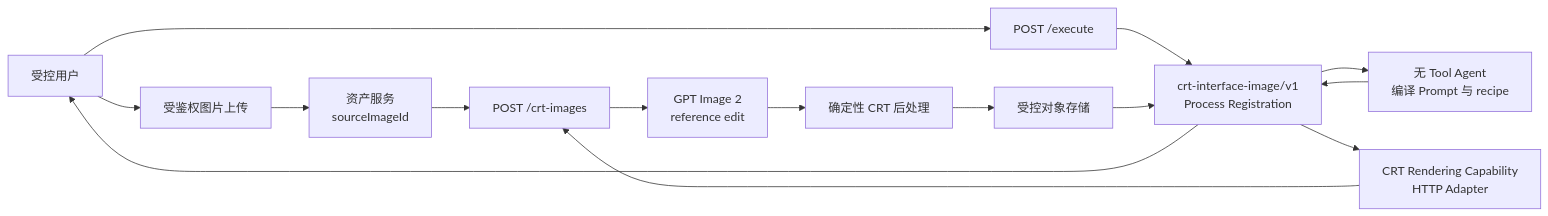
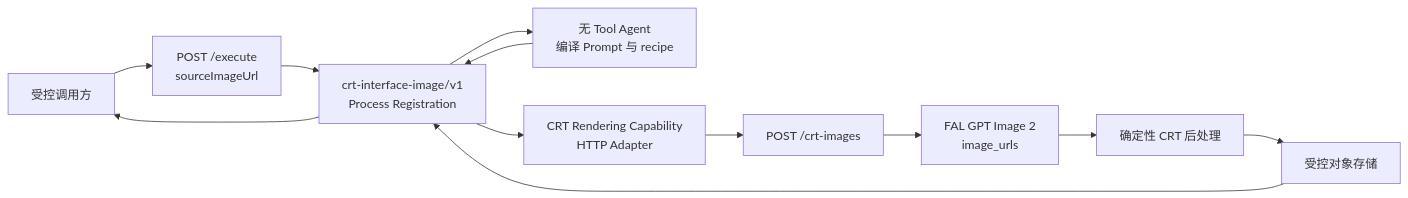
The diagram in docs/processes/crt-interface-image/README.md (hkai-ai/pipipi), drawn with Mermaid before and after one commit. The commit also changed other lines of this file and 10 other files, not shown here.

Commit message:
docs(crt): document public URL image processing

````diff
--- a/docs/processes/crt-interface-image/README.md
+++ b/docs/processes/crt-interface-image/README.md
@@ -52,17 +52,14 @@
 ```mermaid
 flowchart LR
-    User["受控用户"] --> Upload["受鉴权图片上传"]
-    Upload --> Asset["资产服务<br/>sourceImageId"]
-    User --> Execute["POST /execute"]
+    User["受控调用方"] --> Execute["POST /execute<br/>sourceImageUrl"]
     Execute --> Registration["crt-interface-image/v1<br/>Process Registration"]
     Registration --> Agent["无 Tool Agent<br/>编译 Prompt 与 recipe"]
     Agent --> Registration
     Registration --> Adapter["CRT Rendering Capability<br/>HTTP Adapter"]
     Adapter --> Api["POST /crt-images"]
-    Asset --> Api
-    Api --> Edit["GPT Image 2<br/>reference edit"]
+    Api --> Edit["FAL GPT Image 2<br/>image_urls"]
     Edit --> Finalizer["确定性 CRT 后处理"]
     Finalizer --> Store["受控对象存储"]
     Store --> Registration
     Registration --> User
 ```
````
